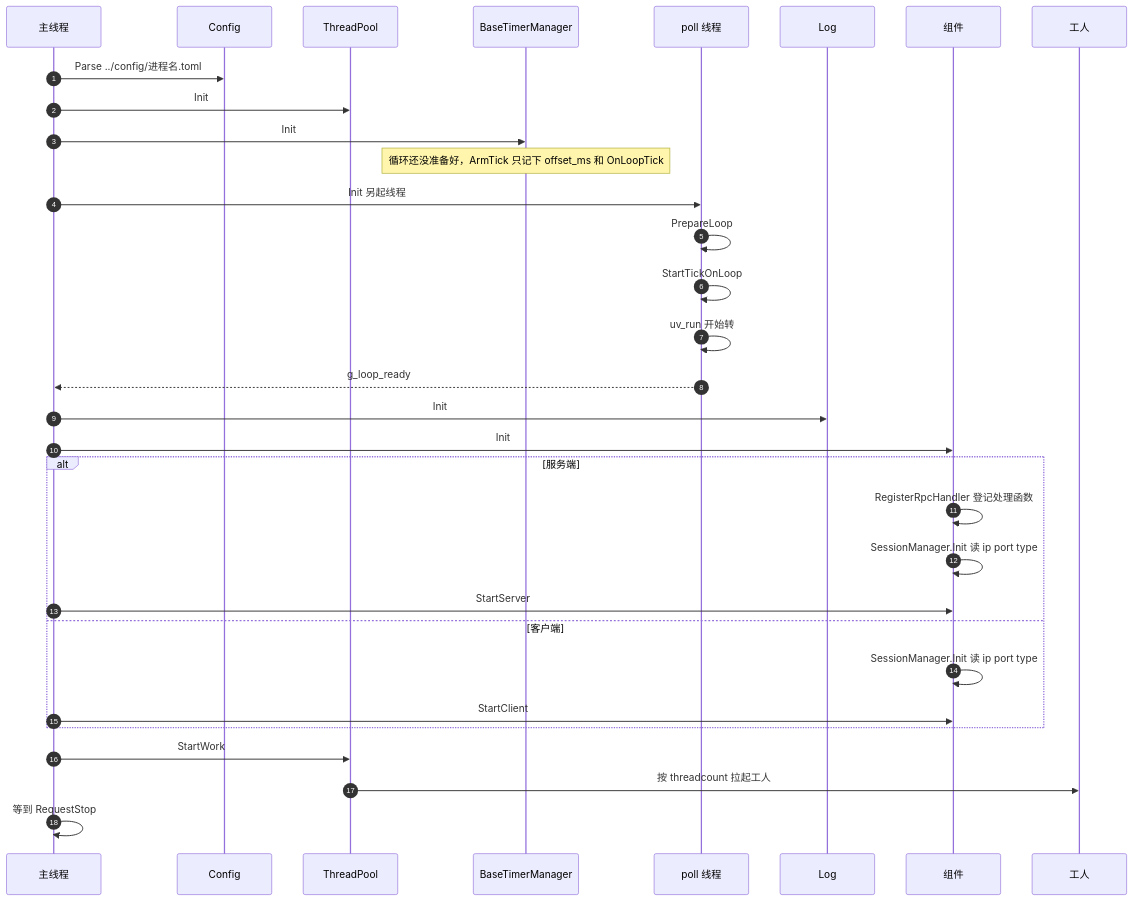
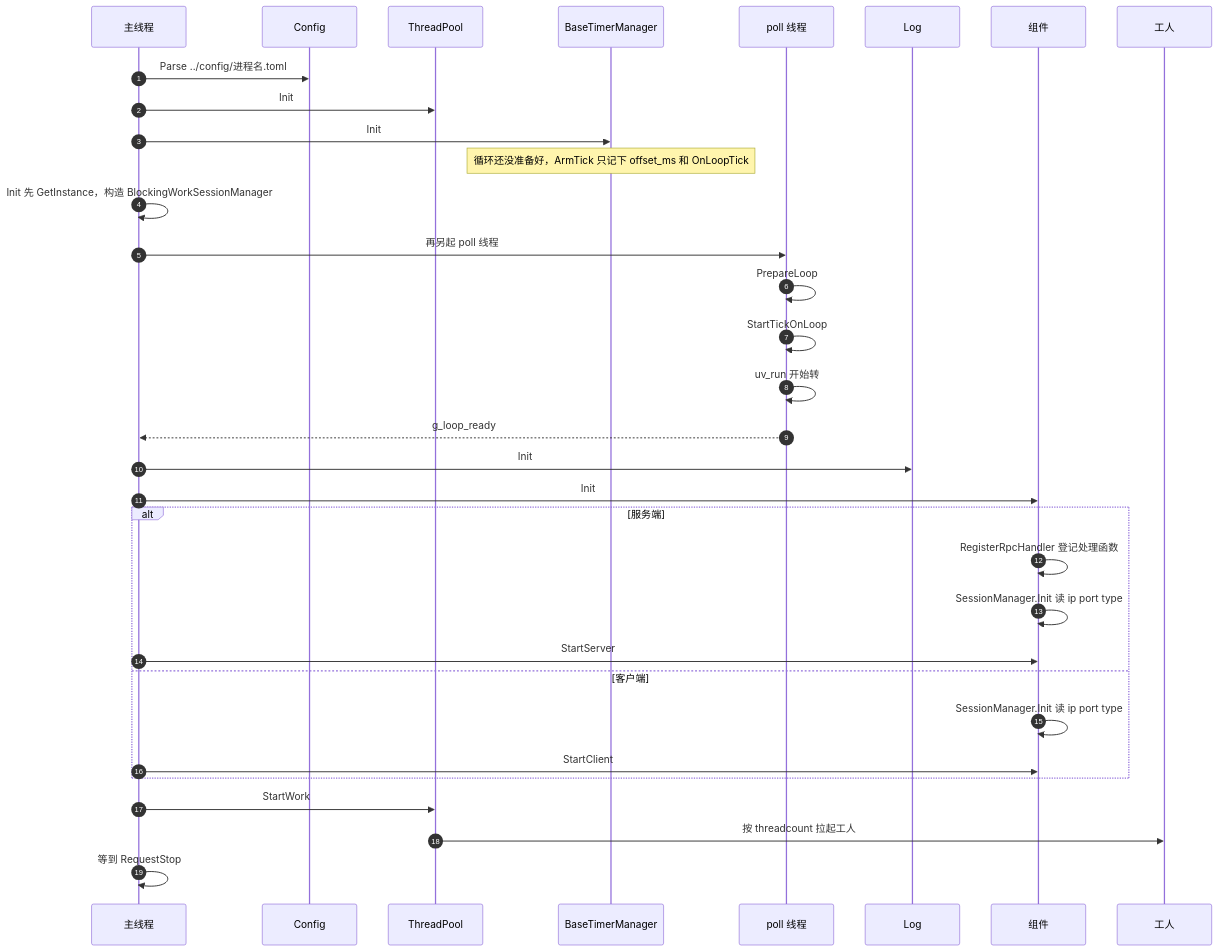
The diagram in docs/sequence-diagram/multi-thread/startup.md (orikiaru/openidea), drawn with Mermaid before and after one commit. The commit also changed other lines of this file and 39 other files, not shown here.

Commit message:
非正 RPC 超时打错误日志后按 30 秒等待，避免调用一直挂着。时序图按当前收发和新增路径重写，并记下 11 月 22 日的全量结果。

````diff
--- a/docs/sequence-diagram/multi-thread/startup.md
+++ b/docs/sequence-diagram/multi-thread/startup.md
@@ -7,35 +9,36 @@
 ```mermaid
 sequenceDiagram
     autonumber
     participant Main as 主线程
     participant Cfg as Config
     participant Pool as ThreadPool
     participant Timer as BaseTimerManager
     participant Poll as poll 线程
     participant Log as Log
     participant App as 组件
     participant Worker as 工人
 
     Main->>Cfg: Parse ../config/进程名.toml
     Main->>Pool: Init
     Main->>Timer: Init
     Note over Timer: 循环还没准备好，ArmTick 只记下 offset_ms 和 OnLoopTick
-    Main->>Poll: Init 另起线程
+    Main->>Main: Init 先 GetInstance，构造 BlockingWorkSessionManager
+    Main->>Poll: 再另起 poll 线程
     Poll->>Poll: PrepareLoop
     Poll->>Poll: StartTickOnLoop
     Poll->>Poll: uv_run 开始转
     Poll-->>Main: g_loop_ready
     Main->>Log: Init
     Main->>App: Init
     alt 服务端
         App->>App: RegisterRpcHandler 登记处理函数
         App->>App: SessionManager.Init 读 ip port type
         Main->>App: StartServer
     else 客户端
         App->>App: SessionManager.Init 读 ip port type
         Main->>App: StartClient
     end
     Main->>Pool: StartWork
     Pool->>Worker: 按 threadcount 拉起工人
     Main->>Main: 等到 RequestStop
 ```
````
